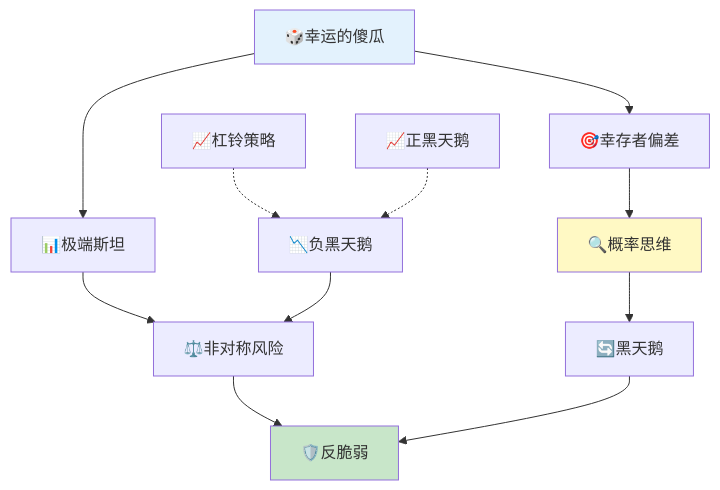
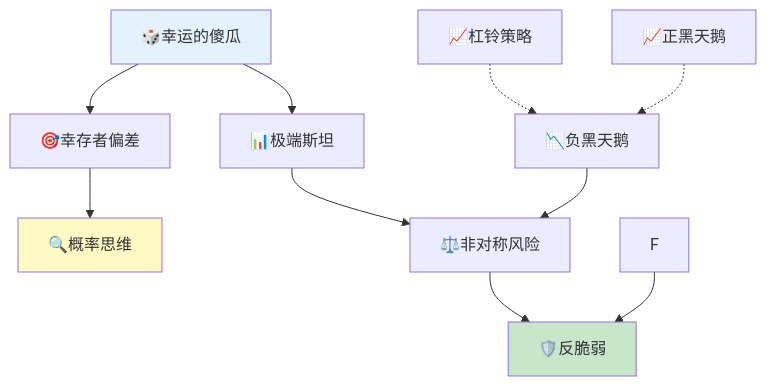
Before and after one commit to ql-wade/buffett-knowledge-base: the second of 2 diagrams in content/finance/随机漫步的傻瓜-章节拆解/_导航.md, drawn with Mermaid. The commit also changed other lines of this file and 77 other files, not shown here.

````diff
--- a/content/finance/随机漫步的傻瓜-章节拆解/_导航.md
+++ b/content/finance/随机漫步的傻瓜-章节拆解/_导航.md
@@ -58,17 +57,16 @@
 ```mermaid
 flowchart TB
     A[🎲幸运的傻瓜] --> B[🎯幸存者偏差]
     A --> C[📊极端斯坦]
     B --> D[🔍概率思维]
     C --> E[⚖️非对称风险]
-    D --> F[🔄黑天鹅]
     E --> G[🛡️反脆弱]
     F --> G
     H[📈杠铃策略] -.-> I[📉负黑天鹅]
     J[📈正黑天鹅] -.-> I
     I --> E
     
     style A fill:#e3f2fd
     style D fill:#fff9c4
     style G fill:#c8e6c9
 ```
````
